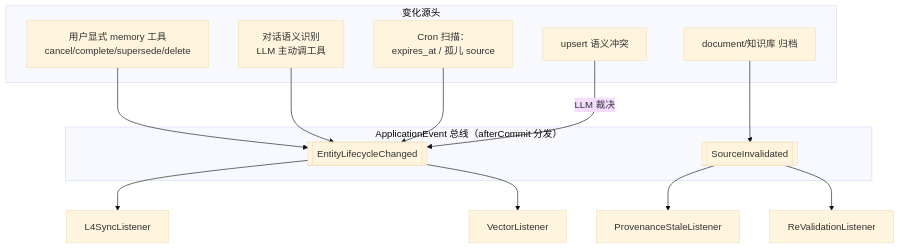
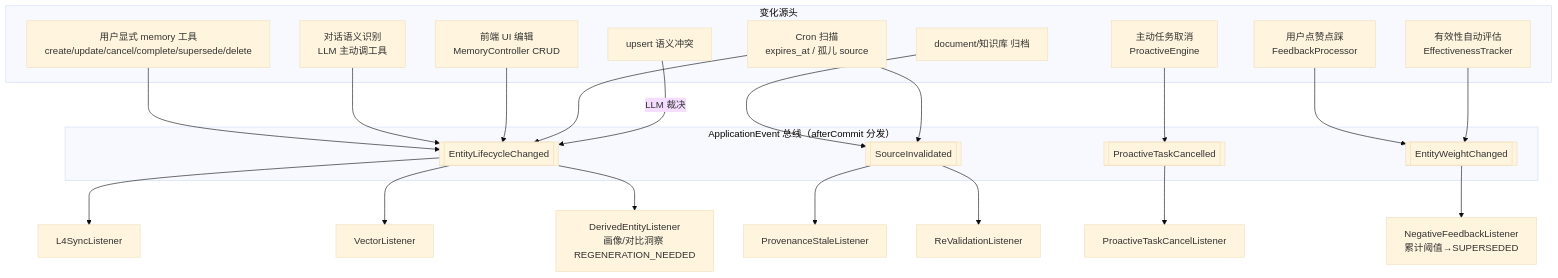
The first of 2 diagrams in docs/superpowers/specs/2026-04-23-memory-lifecycle-closure-design.md (ntygod/LifePilot), drawn with Mermaid (base theme) before and after one commit. The commit also changed other lines of this file, not shown here.

First line of the commit message:
docs(memory): 扩至全 14 源 + 14 症状，补派生实体与反馈闭环

````diff
--- a/docs/superpowers/specs/2026-04-23-memory-lifecycle-closure-design.md
+++ b/docs/superpowers/specs/2026-04-23-memory-lifecycle-closure-design.md
@@ -60,23 +110,37 @@
 ```mermaid
 flowchart TD
     subgraph Sources["变化源头"]
-        S1[用户显式 memory 工具<br/>cancel/complete/supersede/delete]
+        S1[用户显式 memory 工具<br/>create/update/cancel/complete/supersede/delete]
         S2[对话语义识别<br/>LLM 主动调工具]
-        S3[document/知识库 归档]
-        S4[Cron 扫描：<br/>expires_at / 孤儿 source]
-        S5[upsert 语义冲突]
+        S3[前端 UI 编辑<br/>MemoryController CRUD]
+        S4[document/知识库 归档]
+        S5[主动任务取消<br/>ProactiveEngine]
+        S6[Cron 扫描<br/>expires_at / 孤儿 source]
+        S7[upsert 语义冲突]
+        S8[用户点赞点踩<br/>FeedbackProcessor]
+        S9[有效性自动评估<br/>EffectivenessTracker]
     end
     subgraph Bus["ApplicationEvent 总线（afterCommit 分发）"]
         E1[[EntityLifecycleChanged]]
         E2[[SourceInvalidated]]
+        E3[[EntityWeightChanged]]
+        E4[[ProactiveTaskCancelled]]
     end
     S1 --> E1
     S2 --> E1
-    S3 --> E2
-    S4 --> E1
-    S5 -->|LLM 裁决| E1
+    S3 --> E1
+    S4 --> E2
+    S5 --> E4
+    S6 --> E1
+    S6 --> E2
+    S7 -->|LLM 裁决| E1
+    S8 --> E3
+    S9 --> E3
     E1 --> H1[L4SyncListener]
     E1 --> H2[VectorListener]
-    E2 --> H3[ProvenanceStaleListener]
-    E2 --> H4[ReValidationListener]
+    E1 --> H3[DerivedEntityListener<br/>画像/对比洞察 REGENERATION_NEEDED]
+    E2 --> H4[ProvenanceStaleListener]
+    E2 --> H5[ReValidationListener]
+    E3 --> H6[NegativeFeedbackListener<br/>累计阈值→SUPERSEDED]
+    E4 --> H7[ProactiveTaskCancelListener]
 ```
````
